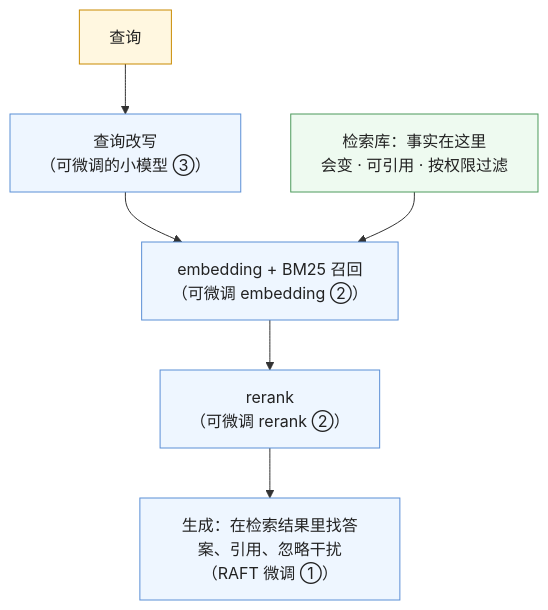
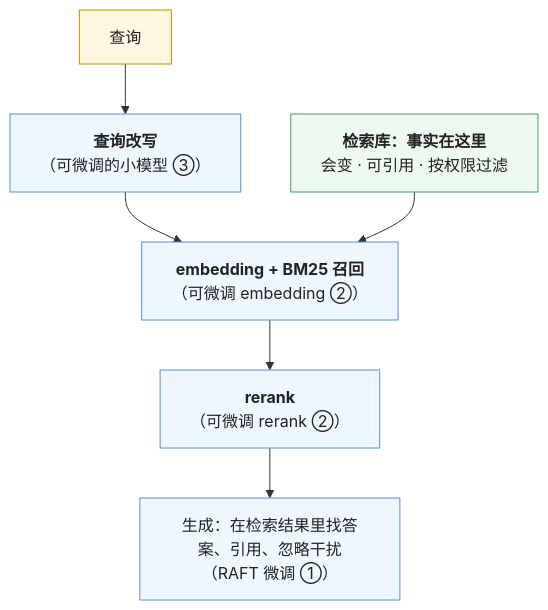
One commit to arganzheng/arganzheng.github.com changed the fifth of 5 diagrams in _posts/2026-10-13-knowledge-in-context-or-in-weights.md. Above: the diagram before and after it, drawn with Mermaid. The commit also changed other lines of this file and 7 other files, not shown here.

First line of the commit message:
检索与知识接入：私域知识怎么进入模型：Mermaid 多行方框的首行标为标题（8 篇）

````diff
--- a/_posts/2026-10-13-knowledge-in-context-or-in-weights.md
+++ b/_posts/2026-10-13-knowledge-in-context-or-in-weights.md
@@ -194,15 +194,15 @@
 ```mermaid
 %% 图：微调在检索系统里的三个正确位置——都是行为、不是事实：RAFT 让模型学会在检索结果里找答案并忽略干扰文档；微调 embedding / rerank 让检索系统学会领域词汇（「逆向」= 退货）；微调查询改写小模型；事实始终留在检索库里
 flowchart TB
-    Q["查询"] --> RW["查询改写<br/>（可微调的小模型 ③）"]
-    RW --> EMB["embedding + BM25 召回<br/>（可微调 embedding ②）"]
-    EMB --> RR["rerank<br/>（可微调 rerank ②）"]
+    Q["查询"] --> RW["<b>查询改写</b><br/>（可微调的小模型 ③）"]
+    RW --> EMB["<b>embedding + BM25 召回</b><br/>（可微调 embedding ②）"]
+    EMB --> RR["<b>rerank</b><br/>（可微调 rerank ②）"]
     RR --> GEN["生成：在检索结果里找答案、引用、忽略干扰<br/>（RAFT 微调 ①）"]
-    KB["检索库：事实在这里<br/>会变 · 可引用 · 按权限过滤"] --> EMB
+    KB["<b>检索库：事实在这里</b><br/>会变 · 可引用 · 按权限过滤"] --> EMB
     classDef step fill:#fff7e0,stroke:#c98a00,color:#222
     classDef ft fill:#eef6ff,stroke:#5b8fd6,color:#222
     classDef kb fill:#eefaf0,stroke:#4d9a5c,color:#222
     class Q step
     class RW,EMB,RR,GEN ft
     class KB kb
 ```
````
